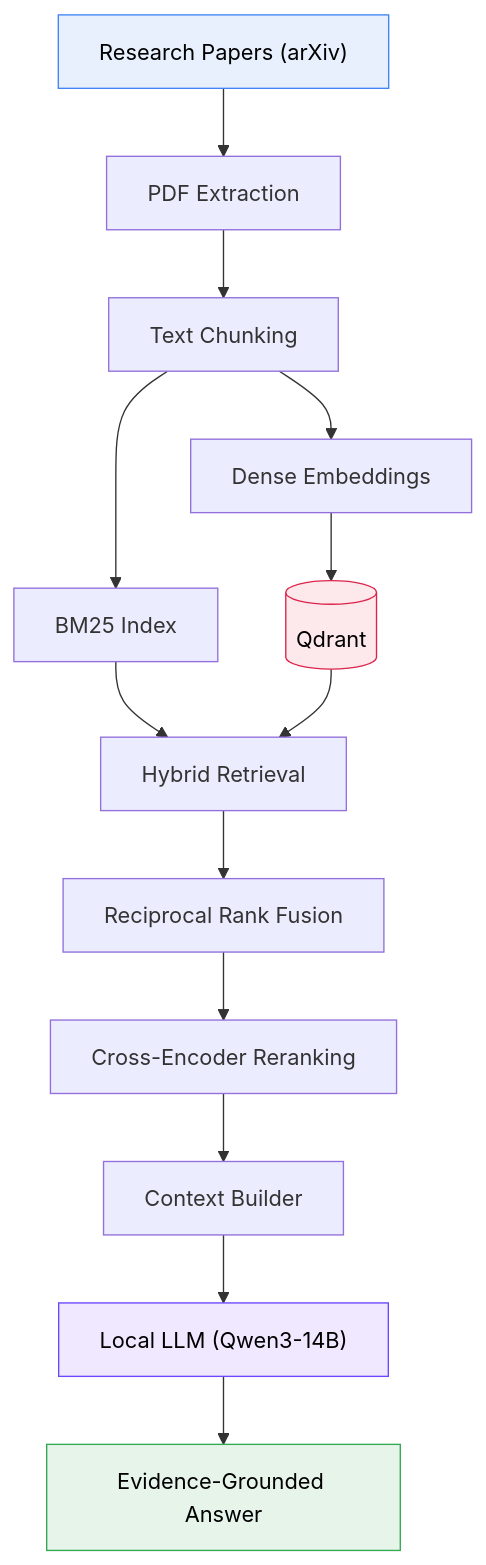
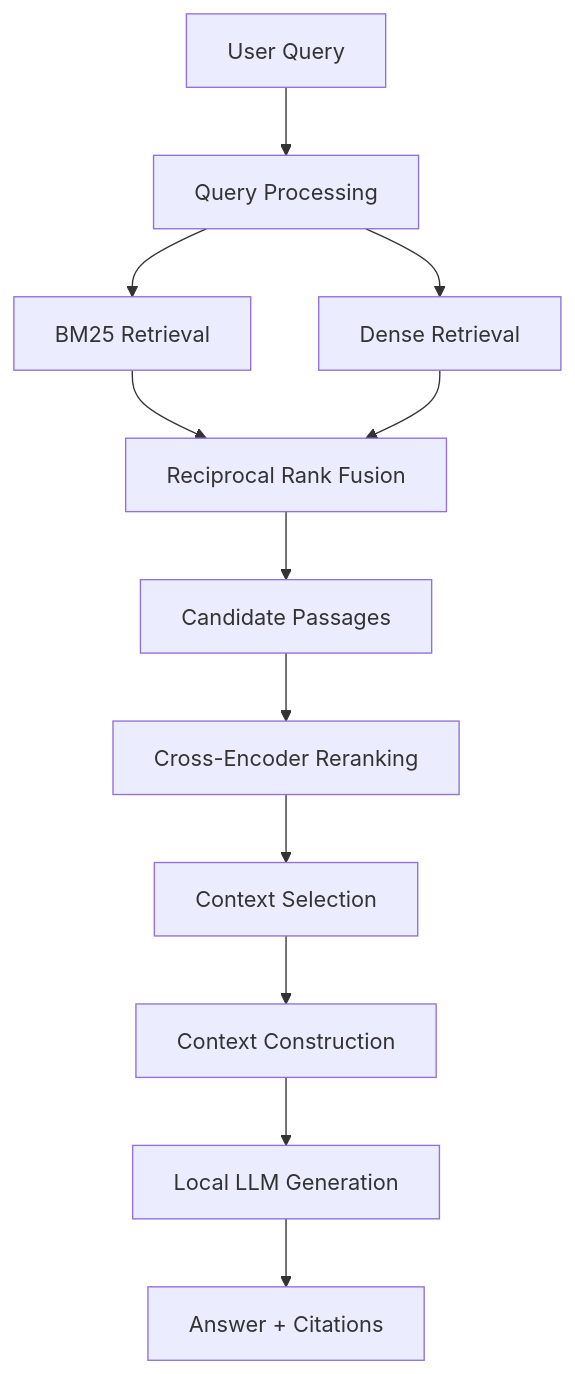
The third of 3 diagrams in README.md (dasdebjeet/SciLitRAG), drawn with Mermaid before and after one commit. The commit also changed other lines of this file and 5 other files, not shown here.

````diff
--- a/README.md
+++ b/README.md
@@ -54,20 +212,17 @@
 ```mermaid
 flowchart TD
-    A["Research Papers (arXiv)"] --> B["PDF Extraction"]
-    B --> C["Text Chunking"]
-    C --> D["BM25 Index"]
-    C --> E["Dense Embeddings"]
-    E --> F[("Qdrant")]
-    D --> G["Hybrid Retrieval"]
-    F --> G
-    G --> H["Reciprocal Rank Fusion"]
-    H --> I["Cross-Encoder Reranking"]
-    I --> J["Context Builder"]
-    J --> K["Local LLM (Qwen3-14B)"]
-    K --> L["Evidence-Grounded Answer"]
+    A["User Query"] --> B["Query Processing"]
 
-    style A fill:#e8f0fe,stroke:#4285f4,color:#000
-    style F fill:#fde8ec,stroke:#dc244c,color:#000
-    style K fill:#efe8ff,stroke:#6c47ff,color:#000
-    style L fill:#e6f4ea,stroke:#34a853,color:#000
+    B --> C["BM25 Retrieval"]
+    B --> D["Dense Retrieval"]
+
+    C --> E["Reciprocal Rank Fusion"]
+    D --> E
+
+    E --> F["Candidate Passages"]
+    F --> G["Cross-Encoder Reranking"]
+    G --> H["Context Selection"]
+    H --> I["Context Construction"]
+    I --> J["Local LLM Generation"]
+    J --> K["Answer + Citations"]
 ```
````
